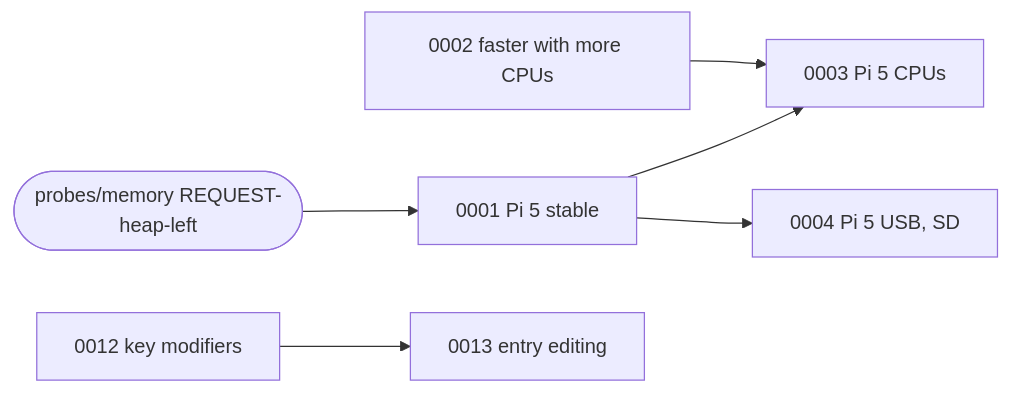
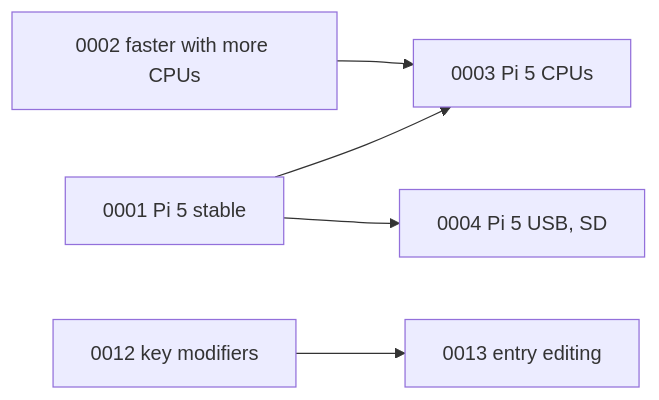
One commit to misleb/L0S changed the diagram in roadmap/INDEX.md. Above: the diagram before and after it, drawn with Mermaid. The commit also changed other lines of this file and 9 other files, not shown here.

First line of the commit message:
Refuse pages once the kernel's heap is down to a reserve (roadmap 0001)

````diff
--- a/roadmap/INDEX.md
+++ b/roadmap/INDEX.md
@@ -49,8 +49,7 @@
 ```mermaid
 graph LR
   0001[0001 Pi 5 stable] --> 0003[0003 Pi 5 CPUs]
   0002[0002 faster with more CPUs] --> 0003
   0001 --> 0004[0004 Pi 5 USB, SD]
   0012[0012 key modifiers] --> 0013[0013 entry editing]
-  R2([probes/memory REQUEST-heap-left]) --> 0001
 ```
````
